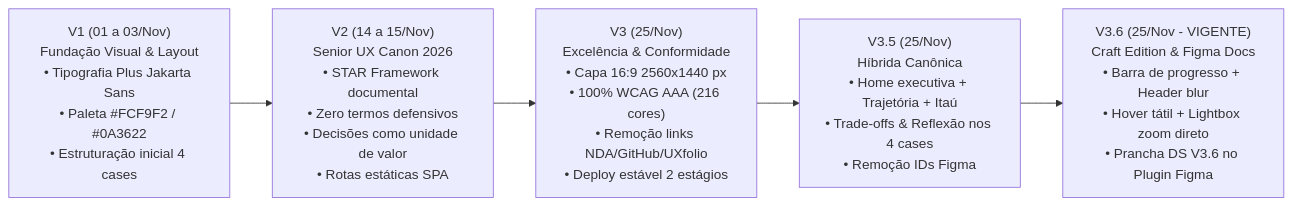
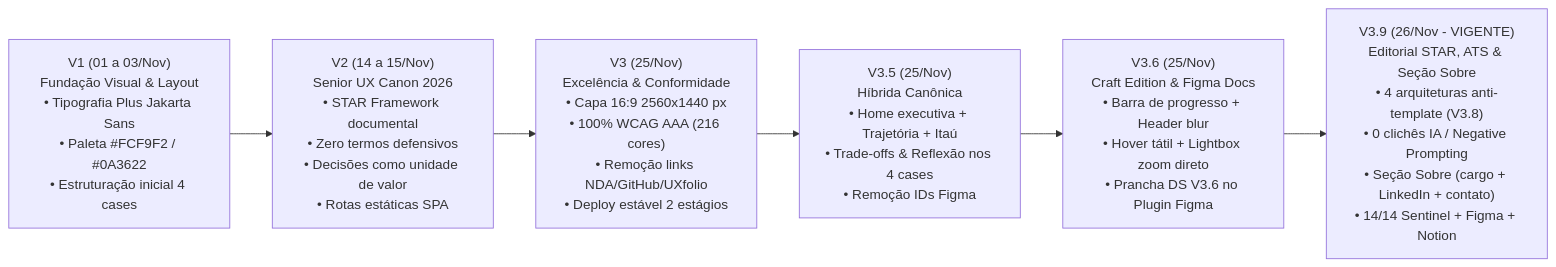
Before and after one commit to israelfull-commits/portfolio: the diagram in docs/INDEX_GOVERNANCA_E_DECISOES.md, drawn with Mermaid. The commit also changed 8 other files, not shown here.

Commit message:
feat(v3.9.0): editorial STAR/ATS rewrite, negative prompting cleanup, and balanced About section

````diff
--- a/docs/INDEX_GOVERNANCA_E_DECISOES.md
+++ b/docs/INDEX_GOVERNANCA_E_DECISOES.md
@@ -15,9 +15,10 @@
 ```mermaid
 flowchart LR
     V1["V1 (01 a 03/Nov)<br>Fundação Visual & Layout<br>• Tipografia Plus Jakarta Sans<br>• Paleta #FCF9F2 / #0A3622<br>• Estruturação inicial 4 cases"]
     V2["V2 (14 a 15/Nov)<br>Senior UX Canon 2026<br>• STAR Framework documental<br>• Zero termos defensivos<br>• Decisões como unidade de valor<br>• Rotas estáticas SPA"]
     V3["V3 (25/Nov)<br>Excelência & Conformidade<br>• Capa 16:9 2560x1440 px<br>• 100% WCAG AAA (216 cores)<br>• Remoção links NDA/GitHub/UXfolio<br>• Deploy estável 2 estágios"]
     V35["V3.5 (25/Nov)<br>Híbrida Canônica<br>• Home executiva + Trajetória + Itaú<br>• Trade-offs & Reflexão nos 4 cases<br>• Remoção IDs Figma"]
-    V36["V3.6 (25/Nov - VIGENTE)<br>Craft Edition & Figma Docs<br>• Barra de progresso + Header blur<br>• Hover tátil + Lightbox zoom direto<br>• Prancha DS V3.6 no Plugin Figma"]
-    V1 --> V2 --> V3 --> V35 --> V36
+    V36["V3.6 (25/Nov)<br>Craft Edition & Figma Docs<br>• Barra de progresso + Header blur<br>• Hover tátil + Lightbox zoom direto<br>• Prancha DS V3.6 no Plugin Figma"]
+    V39["V3.9 (26/Nov - VIGENTE)<br>Editorial STAR, ATS & Seção Sobre<br>• 4 arquiteturas anti-template (V3.8)<br>• 0 clichês IA / Negative Prompting<br>• Seção Sobre (cargo + LinkedIn + contato)<br>• 14/14 Sentinel + Figma + Notion"]
+    V1 --> V2 --> V3 --> V35 --> V36 --> V39
 ```
````
